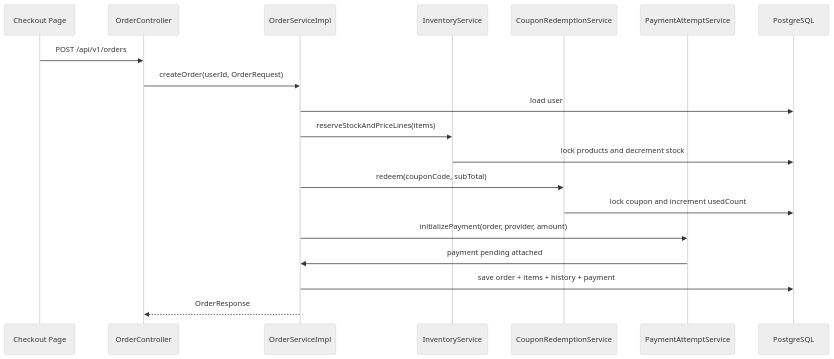
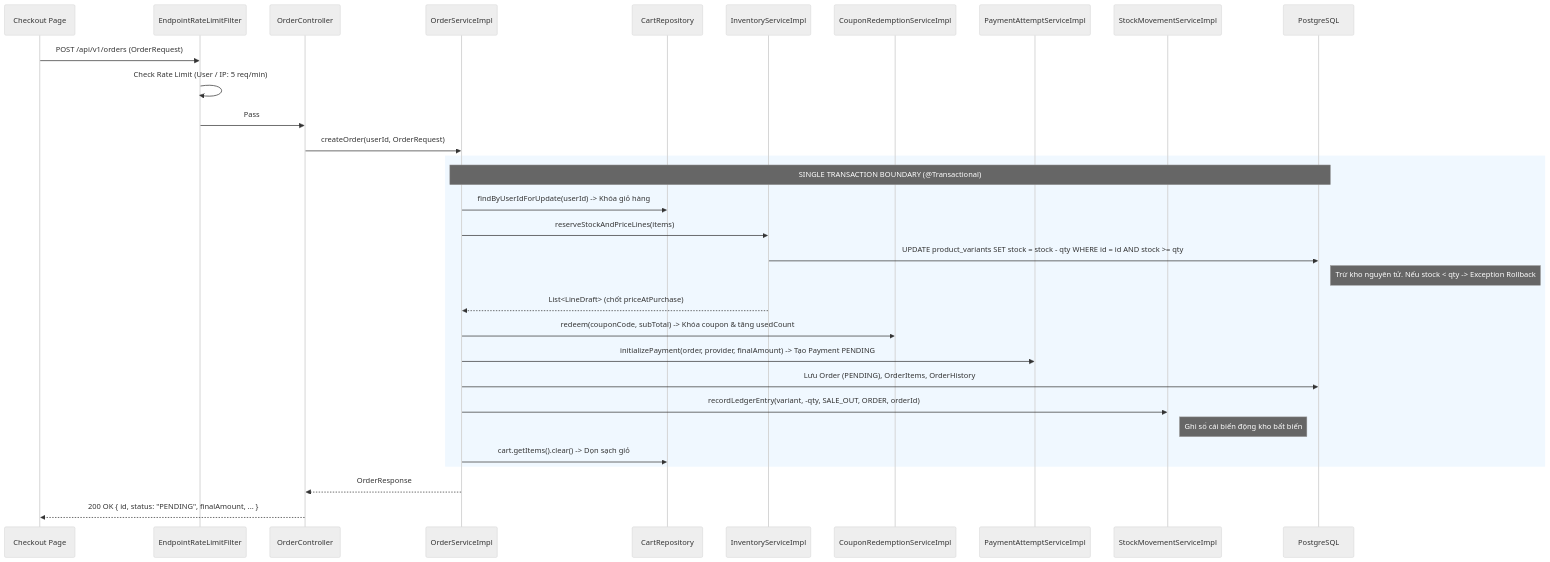
Before and after one commit to phananhkhang/Ladux: the third of 5 diagrams in docs/03-luong-nghiep-vu.md, drawn with Mermaid (neutral theme). The commit also changed other lines of this file and 6 other files, not shown here.

````diff
--- a/docs/03-luong-nghiep-vu.md
+++ b/docs/03-luong-nghiep-vu.md
@@ -241,22 +127,36 @@
 ```mermaid
 sequenceDiagram
     participant UI as Checkout Page
+    participant Rate as EndpointRateLimitFilter
     participant OC as OrderController
     participant OS as OrderServiceImpl
-    participant INV as InventoryService
-    participant CO as CouponRedemptionService
-    participant PAY as PaymentAttemptService
+    participant Cart as CartRepository
+    participant Inv as InventoryServiceImpl
+    participant Cpn as CouponRedemptionServiceImpl
+    participant Pay as PaymentAttemptServiceImpl
+    participant Ledger as StockMovementServiceImpl
     participant DB as PostgreSQL
 
-    UI->>OC: POST /api/v1/orders
+    UI->>Rate: POST /api/v1/orders (OrderRequest)
+    Rate->>Rate: Check Rate Limit (User / IP: 5 req/min)
+    Rate->>OC: Pass
     OC->>OS: createOrder(userId, OrderRequest)
-    OS->>DB: load user
-    OS->>INV: reserveStockAndPriceLines(items)
-    INV->>DB: lock products and decrement stock
-    OS->>CO: redeem(couponCode, subTotal)
-    CO->>DB: lock coupon and increment usedCount
-    OS->>PAY: initializePayment(order, provider, amount)
-    PAY->>OS: payment pending attached
-    OS->>DB: save order + items + history + payment
+    
+    rect rgb(240, 248, 255)
+    Note over OS,DB: SINGLE TRANSACTION BOUNDARY (@Transactional)
+    OS->>Cart: findByUserIdForUpdate(userId) -> Khóa giỏ hàng
+    OS->>Inv: reserveStockAndPriceLines(items)
+    Inv->>DB: UPDATE product_variants SET stock = stock - qty WHERE id = id AND stock >= qty
+    Note right of DB: Trừ kho nguyên tử. Nếu stock < qty -> Exception Rollback
+    Inv-->>OS: List<LineDraft> (chốt priceAtPurchase)
+    OS->>Cpn: redeem(couponCode, subTotal) -> Khóa coupon & tăng usedCount
+    OS->>Pay: initializePayment(order, provider, finalAmount) -> Tạo Payment PENDING
+    OS->>DB: Lưu Order (PENDING), OrderItems, OrderHistory
+    OS->>Ledger: recordLedgerEntry(variant, -qty, SALE_OUT, ORDER, orderId)
+    Note right of Ledger: Ghi sổ cái biến động kho bất biến
+    OS->>Cart: cart.getItems().clear() -> Dọn sạch giỏ
+    end
+    
     OS-->>OC: OrderResponse
+    OC-->>UI: 200 OK { id, status: "PENDING", finalAmount, ... }
 ```
````
